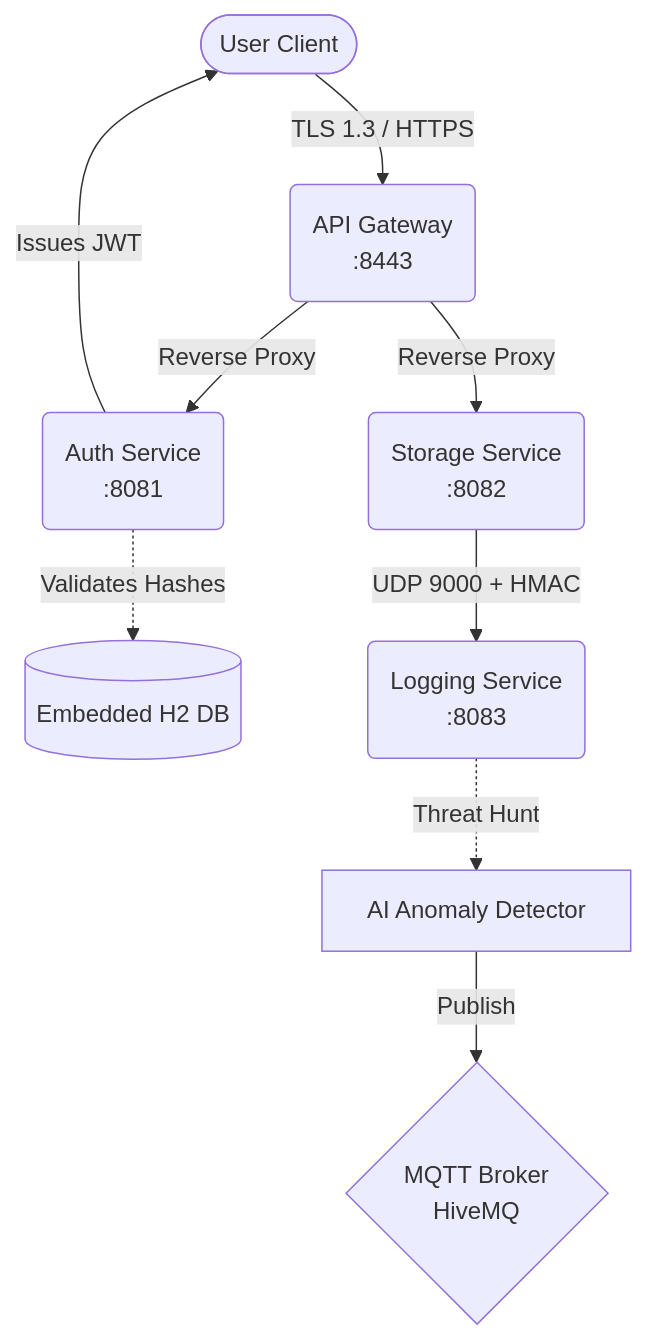
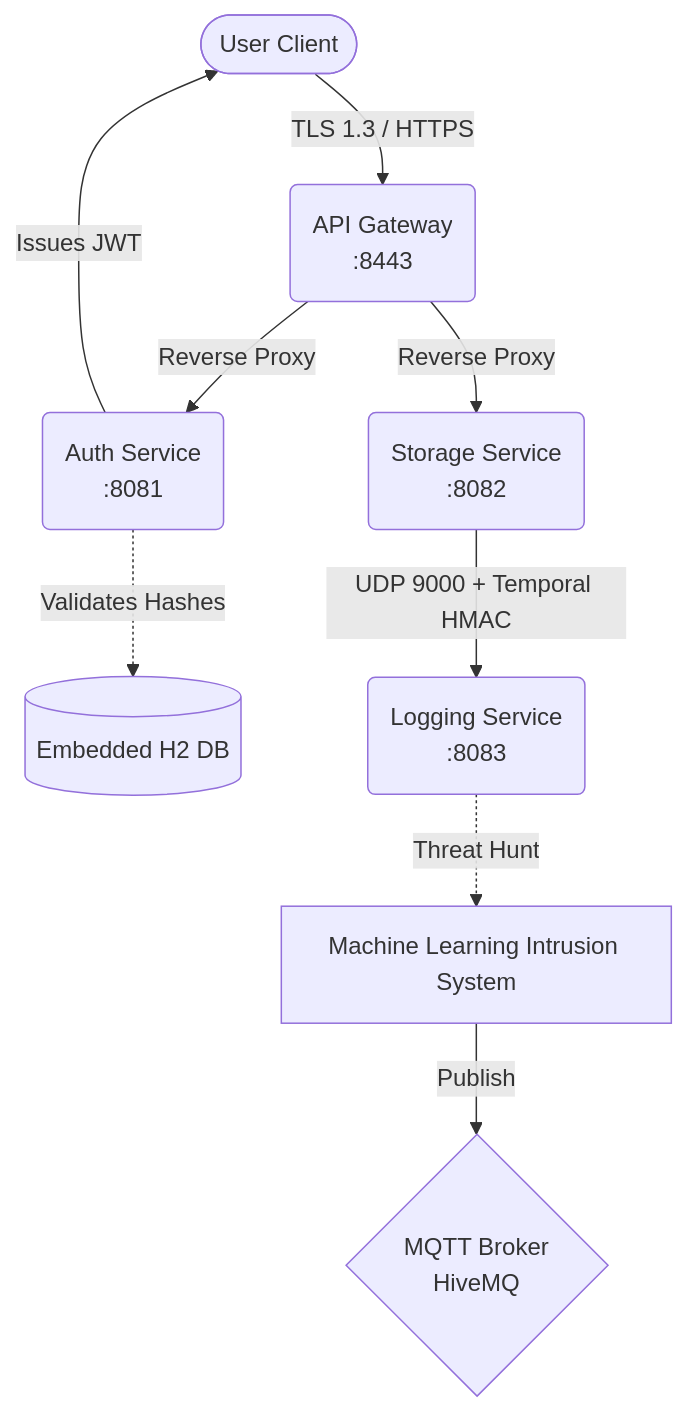
One commit to abhishake2323/AuthStore changed the diagram in README.md. Above: the diagram before and after it, drawn with Mermaid. The commit also changed other lines of this file and 7 other files, not shown here.

````diff
--- a/README.md
+++ b/README.md
@@ -9,13 +9,13 @@
 ```mermaid
 graph TD
     Client([User Client]) -->|TLS 1.3 / HTTPS| Gateway(API Gateway\n:8443)
     Gateway -->|Reverse Proxy| Auth(Auth Service\n:8081)
     Gateway -->|Reverse Proxy| Storage(Storage Service\n:8082)
     
     Auth -.->|Validates Hashes| H2[(Embedded H2 DB)]
     Auth -->|Issues JWT| Client
     
-    Storage -->|UDP 9000 + HMAC| Logging(Logging Service\n:8083)
-    Logging -.->|Threat Hunt| AI[AI Anomaly Detector]
+    Storage -->|UDP 9000 + Temporal HMAC| Logging(Logging Service\n:8083)
+    Logging -.->|Threat Hunt| AI[Machine Learning Intrusion System]
     AI -->|Publish| MQTT{MQTT Broker\nHiveMQ}
 ```
````
